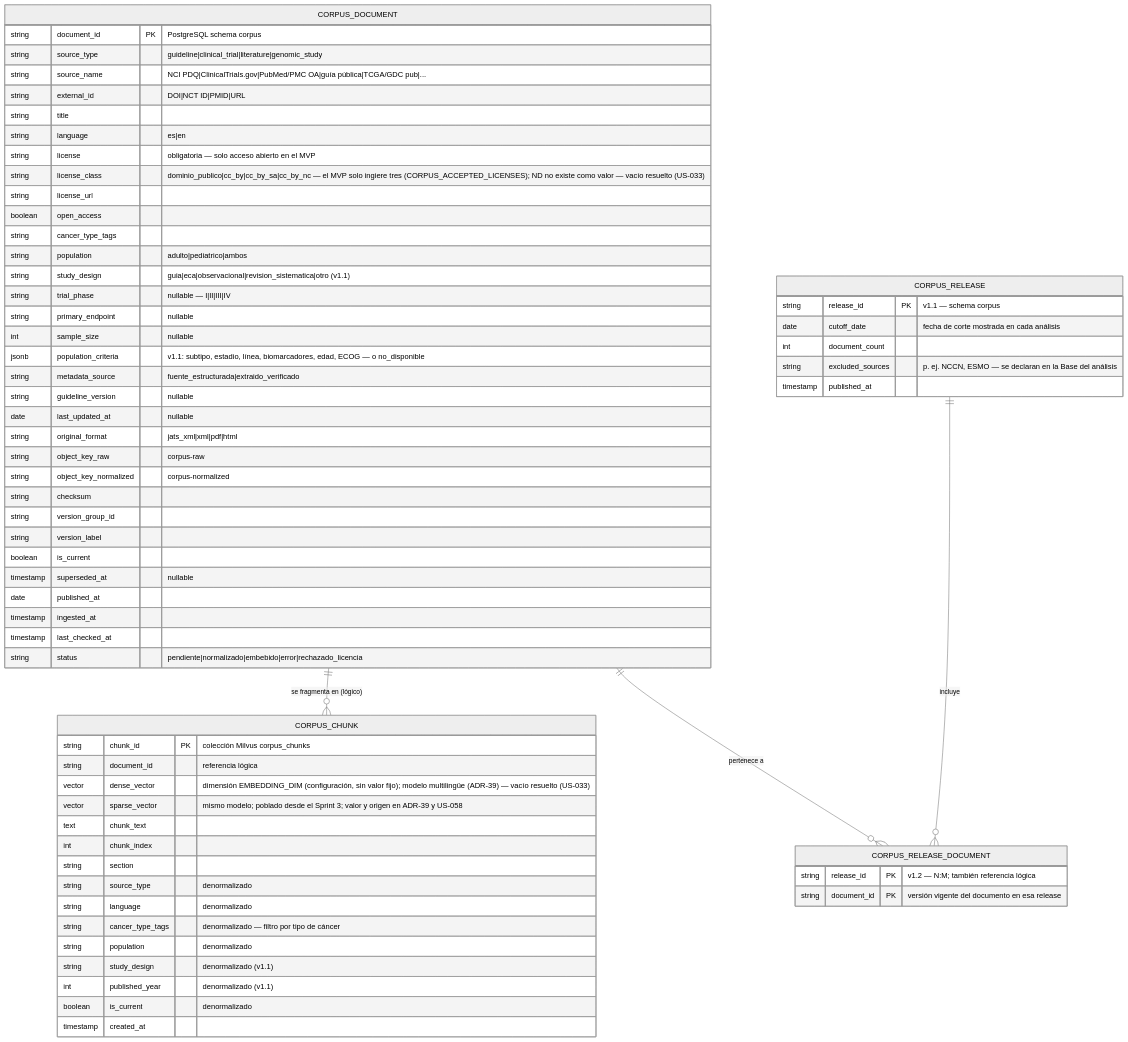
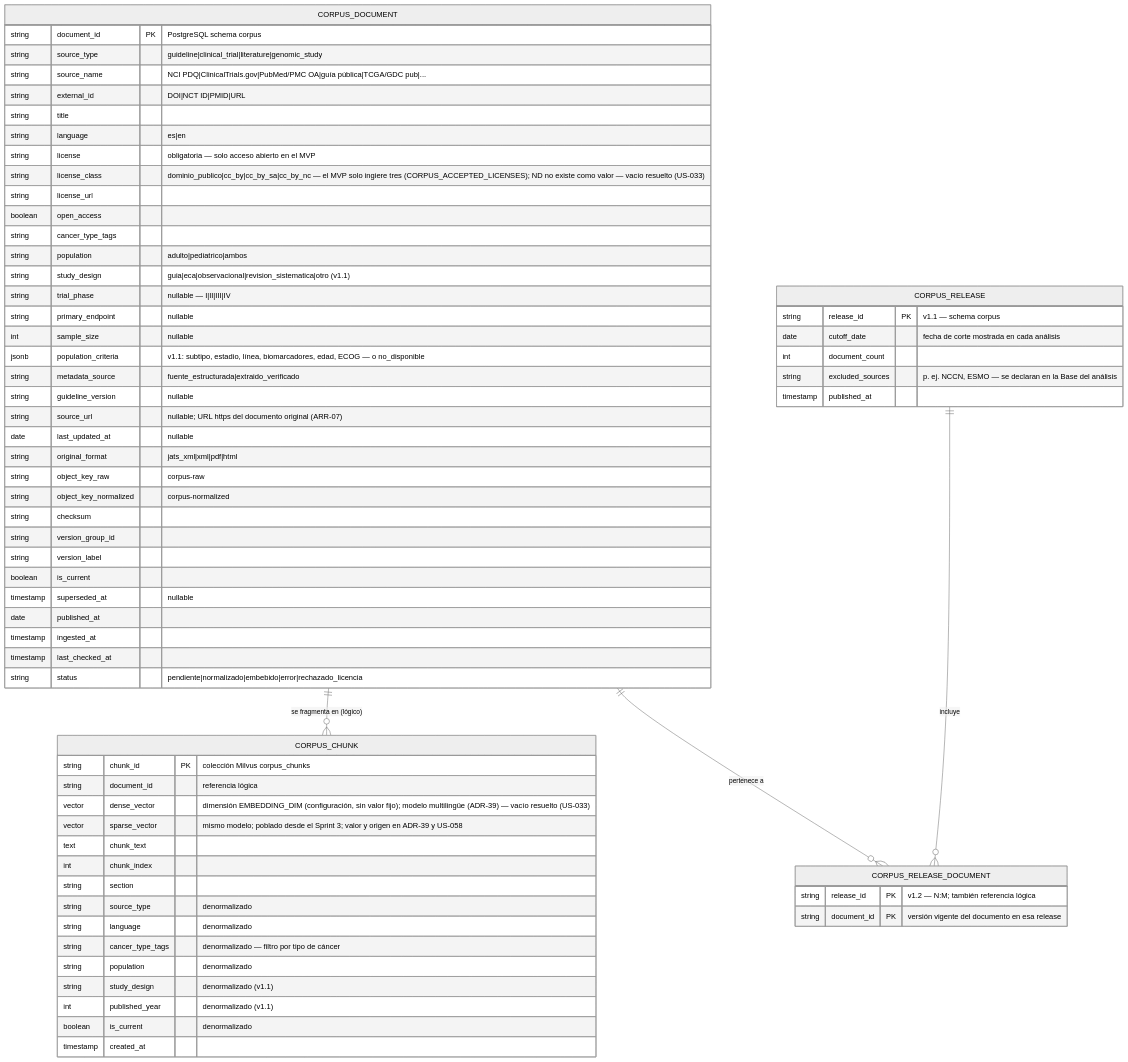
One commit to hatrickmario/OncoLens-Lab changed the second of 2 diagrams in docs/architecture/data-model.md. Above: the diagram before and after it, drawn with Mermaid (neutral theme). The commit also changed other lines of this file and 12 other files, not shown here.

First line of the commit message:
feat(L1D-283): original_url en el manifiesto y source_url en el catálogo del corpus [ARR-07 AC-1..3]

````diff
--- a/docs/architecture/data-model.md
+++ b/docs/architecture/data-model.md
@@ -475,68 +475,69 @@
 ```mermaid
 erDiagram
     CORPUS_DOCUMENT {
         string document_id PK "PostgreSQL schema corpus"
         string source_type "guideline|clinical_trial|literature|genomic_study"
         string source_name "NCI PDQ|ClinicalTrials.gov|PubMed/PMC OA|guía pública|TCGA/GDC pub|..."
         string external_id "DOI|NCT ID|PMID|URL"
         string title
         string language "es|en"
         string license "obligatoria — solo acceso abierto en el MVP"
         string license_class "dominio_publico|cc_by|cc_by_sa|cc_by_nc — el MVP solo ingiere tres (CORPUS_ACCEPTED_LICENSES); ND no existe como valor — vacío resuelto (US-033)"
         string license_url
         boolean open_access
         string cancer_type_tags
         string population "adulto|pediatrico|ambos"
         string study_design "guia|eca|observacional|revision_sistematica|otro (v1.1)"
         string trial_phase "nullable — I|II|III|IV"
         string primary_endpoint "nullable"
         int sample_size "nullable"
         jsonb population_criteria "v1.1: subtipo, estadio, línea, biomarcadores, edad, ECOG — o no_disponible"
         string metadata_source "fuente_estructurada|extraido_verificado"
         string guideline_version "nullable"
+        string source_url "nullable; URL https del documento original (ARR-07)"
         date last_updated_at "nullable"
         string original_format "jats_xml|xml|pdf|html"
         string object_key_raw "corpus-raw"
         string object_key_normalized "corpus-normalized"
         string checksum
         string version_group_id
         string version_label
         boolean is_current
         timestamp superseded_at "nullable"
         date published_at
         timestamp ingested_at
         timestamp last_checked_at
         string status "pendiente|normalizado|embebido|error|rechazado_licencia"
     }
     CORPUS_CHUNK {
         string chunk_id PK "colección Milvus corpus_chunks"
         string document_id "referencia lógica"
         vector dense_vector "dimensión EMBEDDING_DIM (configuración, sin valor fijo); modelo multilingüe (ADR-39) — vacío resuelto (US-033)"
         vector sparse_vector "mismo modelo; poblado desde el Sprint 3; valor y origen en ADR-39 y US-058"
         text chunk_text
         int chunk_index
         string section
         string source_type "denormalizado"
         string language "denormalizado"
         string cancer_type_tags "denormalizado — filtro por tipo de cáncer"
         string population "denormalizado"
         string study_design "denormalizado (v1.1)"
         int published_year "denormalizado (v1.1)"
         boolean is_current "denormalizado"
         timestamp created_at
     }
     CORPUS_RELEASE {
         string release_id PK "v1.1 — schema corpus"
         date cutoff_date "fecha de corte mostrada en cada análisis"
         int document_count
         string excluded_sources "p. ej. NCCN, ESMO — se declaran en la Base del análisis"
         timestamp published_at
     }
     CORPUS_RELEASE_DOCUMENT {
         string release_id PK "v1.2 — N:M; también referencia lógica"
         string document_id PK "versión vigente del documento en esa release"
     }
     CORPUS_DOCUMENT ||--o{ CORPUS_CHUNK : "se fragmenta en (lógico)"
     CORPUS_RELEASE ||--o{ CORPUS_RELEASE_DOCUMENT : incluye
     CORPUS_DOCUMENT ||--o{ CORPUS_RELEASE_DOCUMENT : "pertenece a"
 ```
````
